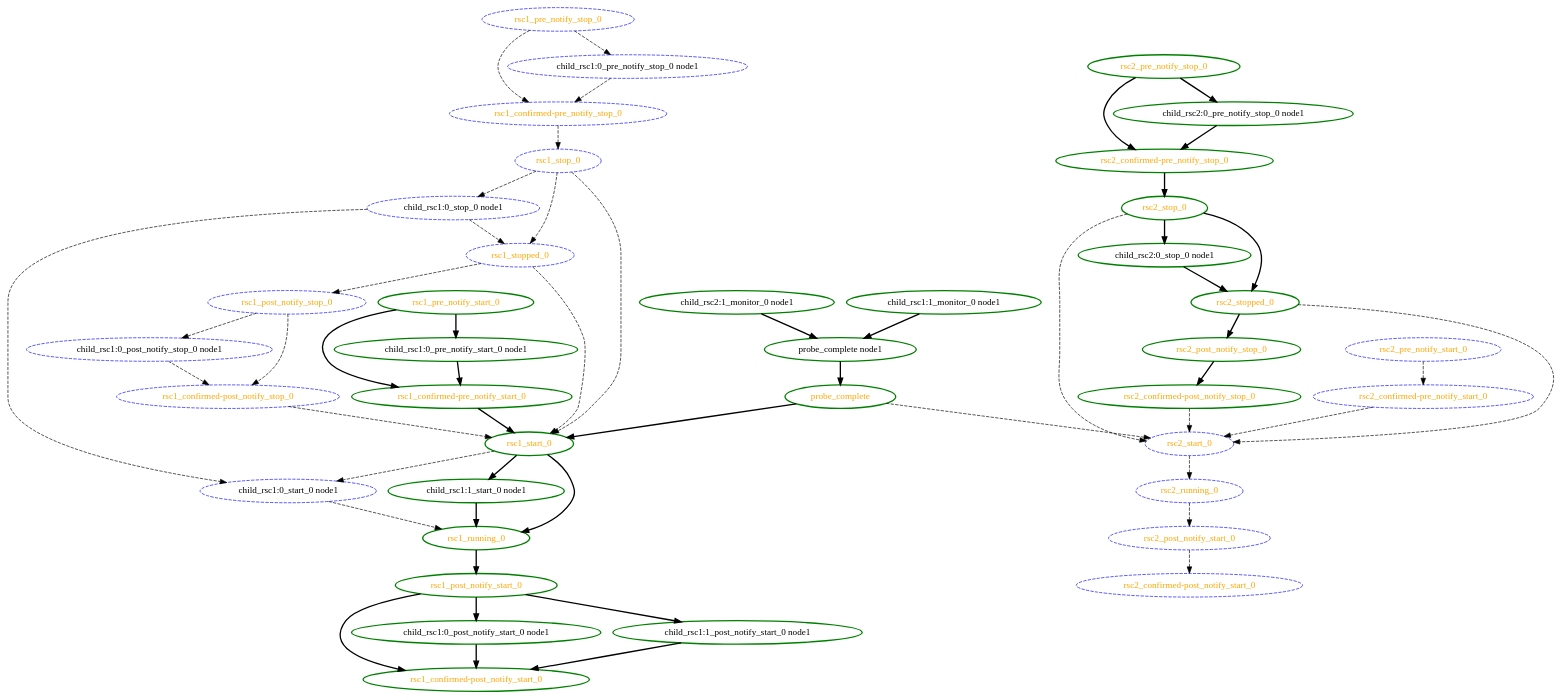
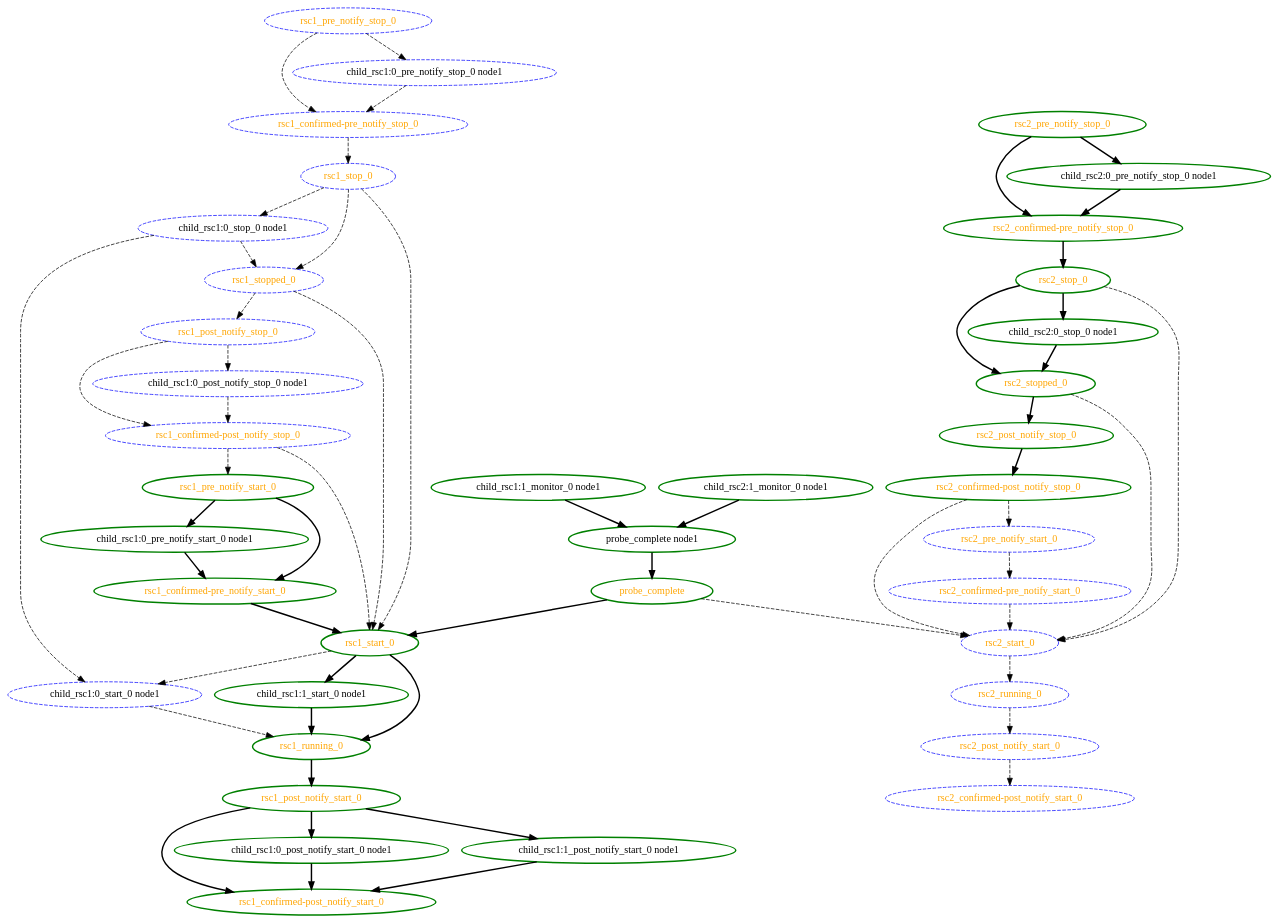
The diagram in crm/pengine/testcases/notify-1.dot (richiewen8/heartbeat), drawn with Graphviz before and after one commit. The commit also changed 9 other files, not shown here.

```diff
--- a/crm/pengine/testcases/notify-1.dot
+++ b/crm/pengine/testcases/notify-1.dot
@@ -1,93 +1,95 @@
 digraph "g" {
 	size = "30,30"
 "probe_complete" [ style=bold color="green" fontcolor="orange" ]
 "probe_complete node1" [ style=bold color="green" fontcolor="black" ]
 "child_rsc1:1_monitor_0 node1" [ style=bold color="green" fontcolor="black" ]
 "child_rsc2:1_monitor_0 node1" [ style=bold color="green" fontcolor="black" ]
 "child_rsc1:0_stop_0 node1" [ style="dashed" color="blue" fontcolor="black" ]
 "child_rsc1:0_start_0 node1" [ style="dashed" color="blue" fontcolor="black" ]
 "child_rsc1:1_start_0 node1" [ style=bold color="green" fontcolor="black" ]
 "rsc1_start_0" [ style=bold color="green" fontcolor="orange" ]
 "rsc1_running_0" [ style=bold color="green" fontcolor="orange" ]
 "rsc1_pre_notify_start_0" [ style=bold color="green" fontcolor="orange" ]
 "rsc1_confirmed-pre_notify_start_0" [ style=bold color="green" fontcolor="orange" ]
 "rsc1_post_notify_start_0" [ style=bold color="green" fontcolor="orange" ]
 "rsc1_confirmed-post_notify_start_0" [ style=bold color="green" fontcolor="orange" ]
 "rsc1_stop_0" [ style="dashed" color="blue" fontcolor="orange" ]
 "rsc1_stopped_0" [ style="dashed" color="blue" fontcolor="orange" ]
 "rsc1_pre_notify_stop_0" [ style="dashed" color="blue" fontcolor="orange" ]
 "rsc1_confirmed-pre_notify_stop_0" [ style="dashed" color="blue" fontcolor="orange" ]
 "rsc1_post_notify_stop_0" [ style="dashed" color="blue" fontcolor="orange" ]
 "rsc1_confirmed-post_notify_stop_0" [ style="dashed" color="blue" fontcolor="orange" ]
 "child_rsc2:0_stop_0 node1" [ style=bold color="green" fontcolor="black" ]
 "rsc2_start_0" [ style="dashed" color="blue" fontcolor="orange" ]
 "rsc2_running_0" [ style="dashed" color="blue" fontcolor="orange" ]
 "rsc2_pre_notify_start_0" [ style="dashed" color="blue" fontcolor="orange" ]
 "rsc2_confirmed-pre_notify_start_0" [ style="dashed" color="blue" fontcolor="orange" ]
 "rsc2_post_notify_start_0" [ style="dashed" color="blue" fontcolor="orange" ]
 "rsc2_confirmed-post_notify_start_0" [ style="dashed" color="blue" fontcolor="orange" ]
 "rsc2_stop_0" [ style=bold color="green" fontcolor="orange" ]
 "rsc2_stopped_0" [ style=bold color="green" fontcolor="orange" ]
 "rsc2_pre_notify_stop_0" [ style=bold color="green" fontcolor="orange" ]
 "rsc2_confirmed-pre_notify_stop_0" [ style=bold color="green" fontcolor="orange" ]
 "rsc2_post_notify_stop_0" [ style=bold color="green" fontcolor="orange" ]
 "rsc2_confirmed-post_notify_stop_0" [ style=bold color="green" fontcolor="orange" ]
 "child_rsc1:0_pre_notify_start_0 node1" [ style=bold color="green" fontcolor="black" ]
 "child_rsc1:0_post_notify_start_0 node1" [ style=bold color="green" fontcolor="black" ]
 "child_rsc1:0_pre_notify_stop_0 node1" [ style="dashed" color="blue" fontcolor="black" ]
 "child_rsc1:0_post_notify_stop_0 node1" [ style="dashed" color="blue" fontcolor="black" ]
 "child_rsc1:1_post_notify_start_0 node1" [ style=bold color="green" fontcolor="black" ]
 "child_rsc2:0_pre_notify_stop_0 node1" [ style=bold color="green" fontcolor="black" ]
 "probe_complete node1" -> "probe_complete" [ style = bold]
 "child_rsc1:1_monitor_0 node1" -> "probe_complete node1" [ style = bold]
 "child_rsc2:1_monitor_0 node1" -> "probe_complete node1" [ style = bold]
 "rsc1_stop_0" -> "child_rsc1:0_stop_0 node1" [ style = dashed]
 "child_rsc1:0_stop_0 node1" -> "child_rsc1:0_start_0 node1" [ style = dashed]
 "rsc1_start_0" -> "child_rsc1:0_start_0 node1" [ style = dashed]
 "rsc1_start_0" -> "child_rsc1:1_start_0 node1" [ style = bold]
 "probe_complete" -> "rsc1_start_0" [ style = bold]
 "rsc1_confirmed-pre_notify_start_0" -> "rsc1_start_0" [ style = bold]
 "rsc1_stop_0" -> "rsc1_start_0" [ style = dashed]
 "rsc1_stopped_0" -> "rsc1_start_0" [ style = dashed]
 "rsc1_confirmed-post_notify_stop_0" -> "rsc1_start_0" [ style = dashed]
 "child_rsc1:0_start_0 node1" -> "rsc1_running_0" [ style = dashed]
 "child_rsc1:1_start_0 node1" -> "rsc1_running_0" [ style = bold]
 "rsc1_start_0" -> "rsc1_running_0" [ style = bold]
+"rsc1_confirmed-post_notify_stop_0" -> "rsc1_pre_notify_start_0" [ style = dashed]
 "rsc1_pre_notify_start_0" -> "rsc1_confirmed-pre_notify_start_0" [ style = bold]
 "child_rsc1:0_pre_notify_start_0 node1" -> "rsc1_confirmed-pre_notify_start_0" [ style = bold]
 "rsc1_running_0" -> "rsc1_post_notify_start_0" [ style = bold]
 "rsc1_post_notify_start_0" -> "rsc1_confirmed-post_notify_start_0" [ style = bold]
 "child_rsc1:0_post_notify_start_0 node1" -> "rsc1_confirmed-post_notify_start_0" [ style = bold]
 "child_rsc1:1_post_notify_start_0 node1" -> "rsc1_confirmed-post_notify_start_0" [ style = bold]
 "rsc1_confirmed-pre_notify_stop_0" -> "rsc1_stop_0" [ style = dashed]
 "rsc1_stop_0" -> "rsc1_stopped_0" [ style = dashed]
 "child_rsc1:0_stop_0 node1" -> "rsc1_stopped_0" [ style = dashed]
 "rsc1_pre_notify_stop_0" -> "rsc1_confirmed-pre_notify_stop_0" [ style = dashed]
 "child_rsc1:0_pre_notify_stop_0 node1" -> "rsc1_confirmed-pre_notify_stop_0" [ style = dashed]
 "rsc1_stopped_0" -> "rsc1_post_notify_stop_0" [ style = dashed]
 "rsc1_post_notify_stop_0" -> "rsc1_confirmed-post_notify_stop_0" [ style = dashed]
 "child_rsc1:0_post_notify_stop_0 node1" -> "rsc1_confirmed-post_notify_stop_0" [ style = dashed]
 "rsc2_stop_0" -> "child_rsc2:0_stop_0 node1" [ style = bold]
 "probe_complete" -> "rsc2_start_0" [ style = dashed]
 "rsc2_confirmed-pre_notify_start_0" -> "rsc2_start_0" [ style = dashed]
 "rsc2_confirmed-post_notify_stop_0" -> "rsc2_start_0" [ style = dashed]
 "rsc2_stop_0" -> "rsc2_start_0" [ style = dashed]
 "rsc2_stopped_0" -> "rsc2_start_0" [ style = dashed]
 "rsc2_start_0" -> "rsc2_running_0" [ style = dashed]
+"rsc2_confirmed-post_notify_stop_0" -> "rsc2_pre_notify_start_0" [ style = dashed]
 "rsc2_pre_notify_start_0" -> "rsc2_confirmed-pre_notify_start_0" [ style = dashed]
 "rsc2_running_0" -> "rsc2_post_notify_start_0" [ style = dashed]
 "rsc2_post_notify_start_0" -> "rsc2_confirmed-post_notify_start_0" [ style = dashed]
 "rsc2_confirmed-pre_notify_stop_0" -> "rsc2_stop_0" [ style = bold]
 "child_rsc2:0_stop_0 node1" -> "rsc2_stopped_0" [ style = bold]
 "rsc2_stop_0" -> "rsc2_stopped_0" [ style = bold]
 "rsc2_pre_notify_stop_0" -> "rsc2_confirmed-pre_notify_stop_0" [ style = bold]
 "child_rsc2:0_pre_notify_stop_0 node1" -> "rsc2_confirmed-pre_notify_stop_0" [ style = bold]
 "rsc2_stopped_0" -> "rsc2_post_notify_stop_0" [ style = bold]
 "rsc2_post_notify_stop_0" -> "rsc2_confirmed-post_notify_stop_0" [ style = bold]
 "rsc1_pre_notify_start_0" -> "child_rsc1:0_pre_notify_start_0 node1" [ style = bold]
 "rsc1_post_notify_start_0" -> "child_rsc1:0_post_notify_start_0 node1" [ style = bold]
 "rsc1_pre_notify_stop_0" -> "child_rsc1:0_pre_notify_stop_0 node1" [ style = dashed]
 "rsc1_post_notify_stop_0" -> "child_rsc1:0_post_notify_stop_0 node1" [ style = dashed]
 "rsc1_post_notify_start_0" -> "child_rsc1:1_post_notify_start_0 node1" [ style = bold]
 "rsc2_pre_notify_stop_0" -> "child_rsc2:0_pre_notify_stop_0 node1" [ style = bold]
 }
```
